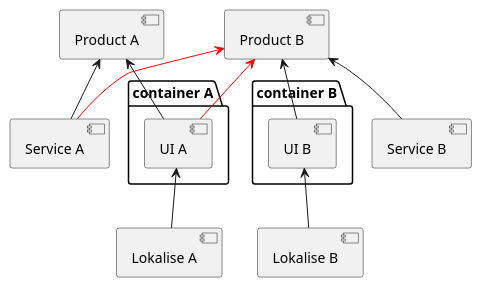
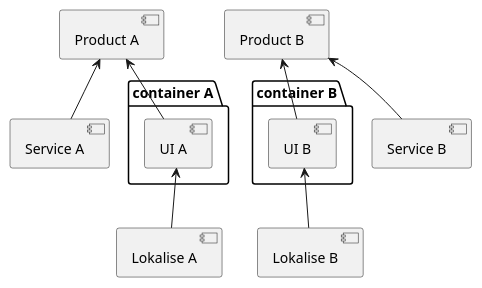
Before and after one commit to resema/cheatsheets: the diagram in diags/l10n/simplification-alt.pu, drawn with PlantUML. The commit also changed 7 other files, not shown here.

```diff
--- a/diags/l10n/simplification-alt.pu
+++ b/diags/l10n/simplification-alt.pu
@@ -1,27 +1,27 @@
  @startuml
 component "Lokalise A" as locA
 component "Lokalise B" as locB
 package "container A" {
     component "UI A" as uiA
 }
 package "container B" {
     component "UI B" as uiB
 }
 component "Service A" as svcA
 component "Service B" as svcB
 component "Product A" as prodA
 component "Product B" as prodB
 
 uiA -u-> prodA
 locA -u-> uiA
 locB -u-> uiB
 ' Used to align graphics
 locA -[hidden]r- locB
 svcA -u-> prodA
 uiB -u-> prodB
 svcB -u-> prodB
 
-svcA -[#red]u-> prodB
-uiA -[#red]u-> prodB
+svcA -[hidden]u-> prodB
+uiA -[hidden]u-> prodB
 
 @enduml
```
